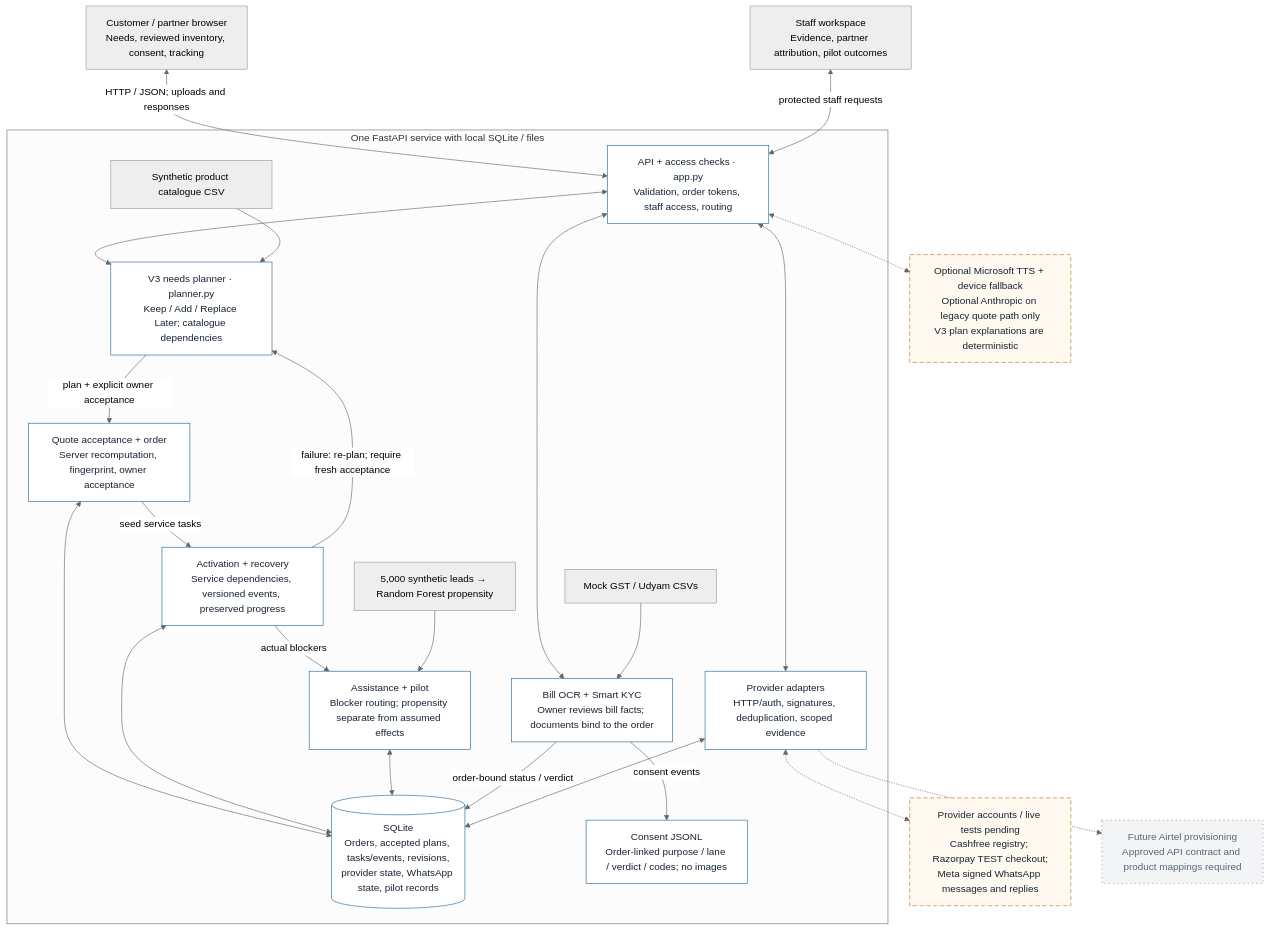
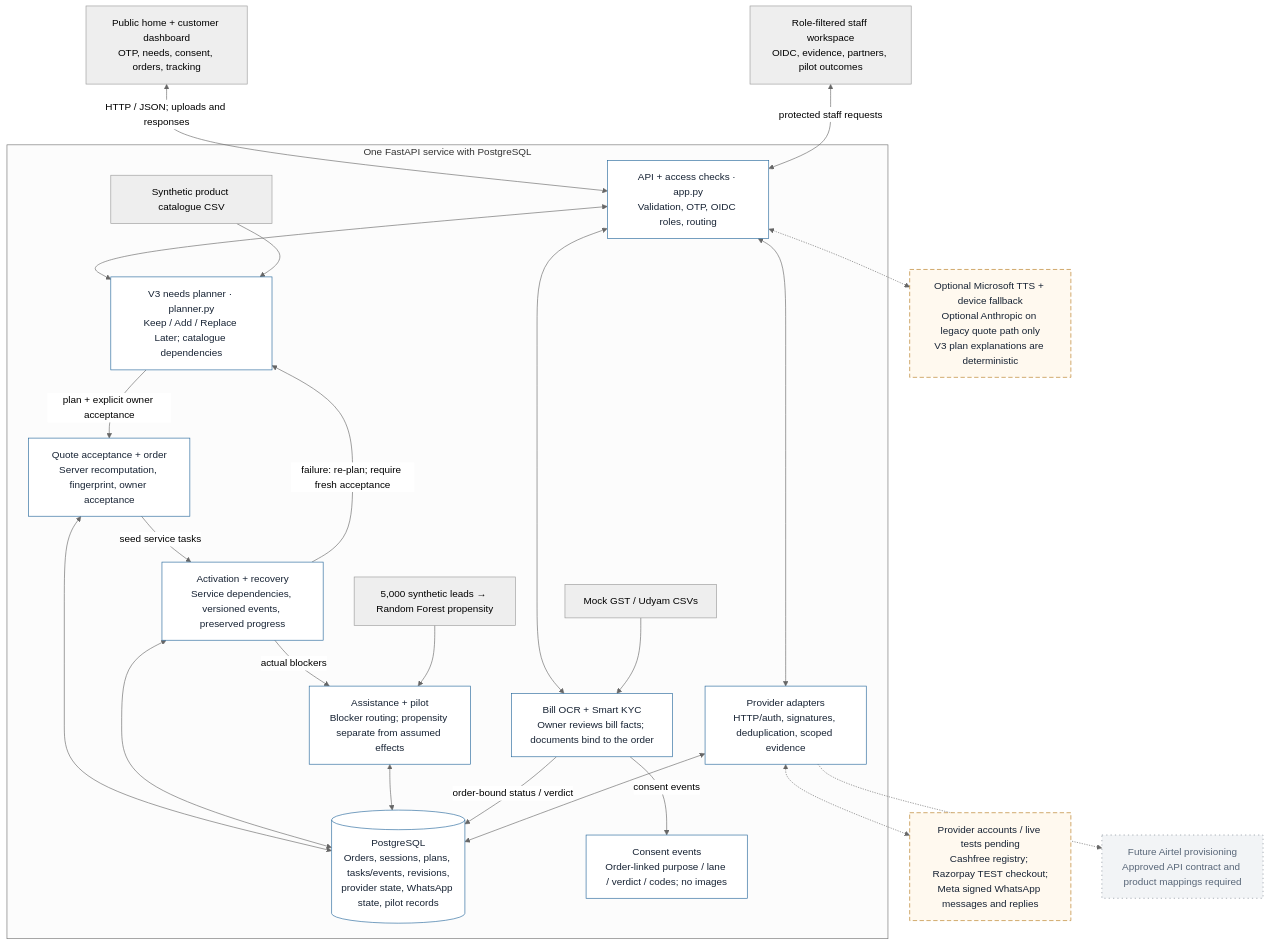
One commit to Poli-Reddy/UdyamONE changed the diagram in docs/NTG_VITVELLORE_Architecture.mmd. Above: the diagram before and after it, drawn with Mermaid (neutral theme). The commit also changed 11 other files, not shown here.

```diff
--- a/docs/NTG_VITVELLORE_Architecture.mmd
+++ b/docs/NTG_VITVELLORE_Architecture.mmd
@@ -1,47 +1,47 @@
 flowchart TB
-  OWNER["Customer / partner browser<br/>Needs, reviewed inventory, consent, tracking"]
-  STAFF["Staff workspace<br/>Evidence, partner attribution, pilot outcomes"]
-  subgraph LOCAL["One FastAPI service with local SQLite / files"]
-    API["API + access checks · app.py<br/>Validation, order tokens, staff access, routing"]
+  OWNER["Public home + customer dashboard<br/>OTP, needs, consent, orders, tracking"]
+  STAFF["Role-filtered staff workspace<br/>OIDC, evidence, partners, pilot outcomes"]
+  subgraph LOCAL["One FastAPI service with PostgreSQL"]
+    API["API + access checks · app.py<br/>Validation, OTP, OIDC roles, routing"]
     PLAN["V3 needs planner · planner.py<br/>Keep / Add / Replace Later; catalogue dependencies"]
     ORDER["Quote acceptance + order<br/>Server recomputation, fingerprint, owner acceptance"]
     ACT["Activation + recovery<br/>Service dependencies, versioned events, preserved progress"]
     OPS["Assistance + pilot<br/>Blocker routing; propensity separate from assumed effects"]
     KYC["Bill OCR + Smart KYC<br/>Owner reviews bill facts; documents bind to the order"]
-    DB[("SQLite<br/>Orders, accepted plans, tasks/events, revisions,<br/>provider state, WhatsApp state, pilot records")]
-    LOG["Consent JSONL<br/>Order-linked purpose / lane / verdict / codes; no images"]
+    DB[("PostgreSQL<br/>Orders, sessions, plans, tasks/events, revisions,<br/>provider state, WhatsApp state, pilot records")]
+    LOG["Consent events<br/>Order-linked purpose / lane / verdict / codes; no images"]
     ADAPT["Provider adapters<br/>HTTP/auth, signatures, deduplication, scoped evidence"]
     CAT["Synthetic product catalogue CSV"]
     REG["Mock GST / Udyam CSVs"]
     LEADS["5,000 synthetic leads → Random Forest propensity"]
     API <--> PLAN
     API <--> KYC
     API <--> ADAPT
     PLAN -->|"plan + explicit owner acceptance"| ORDER
     ORDER -->|"seed service tasks"| ACT
     ACT -->|"failure: re-plan; require fresh acceptance"| PLAN
     ACT -->|"actual blockers"| OPS
     ORDER <--> DB
     ACT <--> DB
     OPS <--> DB
     KYC -->|"order-bound status / verdict"| DB
     KYC -->|"consent events"| LOG
     ADAPT <--> DB
     CAT --> PLAN
     REG --> KYC
     LEADS --> OPS
   end
   OWNER <-->|"HTTP / JSON; uploads and responses"| API
   STAFF <-->|"protected staff requests"| API
   HELP["Optional Microsoft TTS + device fallback<br/>Optional Anthropic on legacy quote path only<br/>V3 plan explanations are deterministic"]
   EXT["Provider accounts / live tests pending<br/>Cashfree registry; Razorpay TEST checkout;<br/>Meta signed WhatsApp messages and replies"]
   FUTURE["Future Airtel provisioning<br/>Approved API contract and product mappings required"]
   API <-.-> HELP
   ADAPT <-.-> EXT
   ADAPT -.-> FUTURE
   classDef local fill:#ffffff,stroke:#23659a,color:#172334;
   classDef optional fill:#fff9ef,stroke:#b4781b,stroke-dasharray:7 4,color:#172334;
   classDef future fill:#f2f4f6,stroke:#7a8490,stroke-dasharray:2 5,color:#586678;
   class API,PLAN,ORDER,ACT,OPS,KYC,DB,LOG,ADAPT local;
   class HELP,EXT optional;
   class FUTURE future;
```
